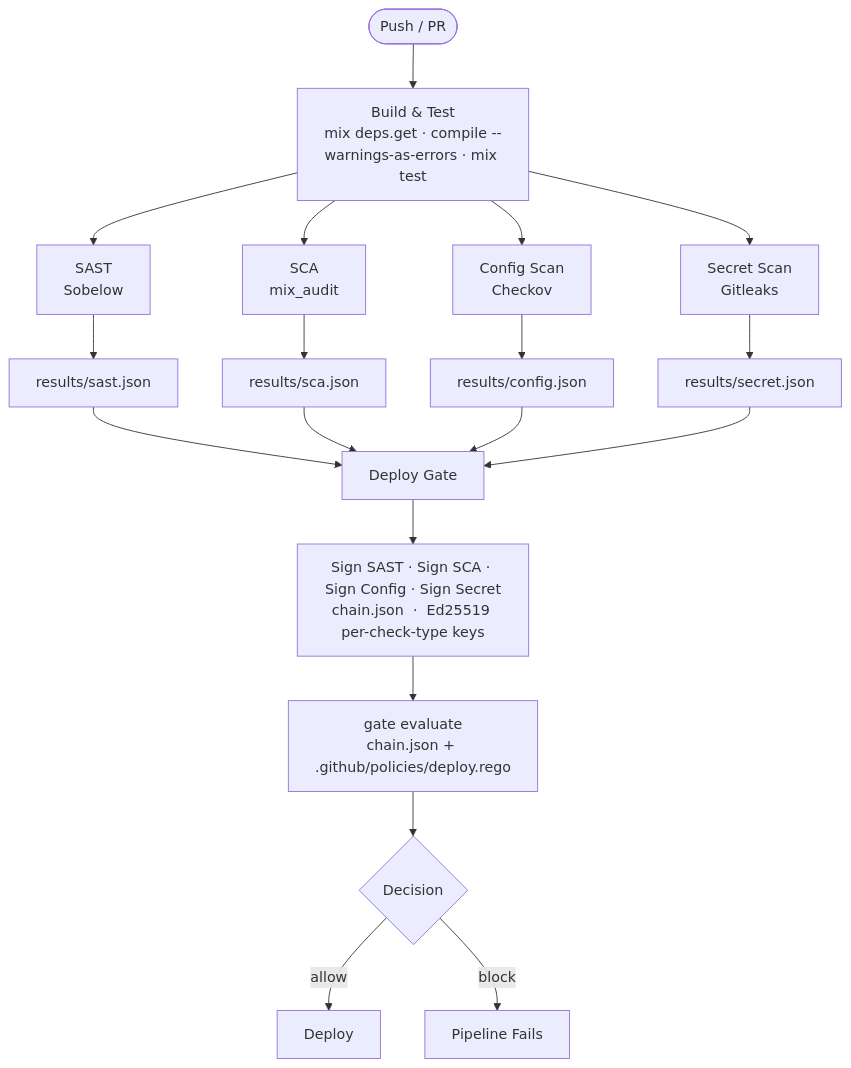
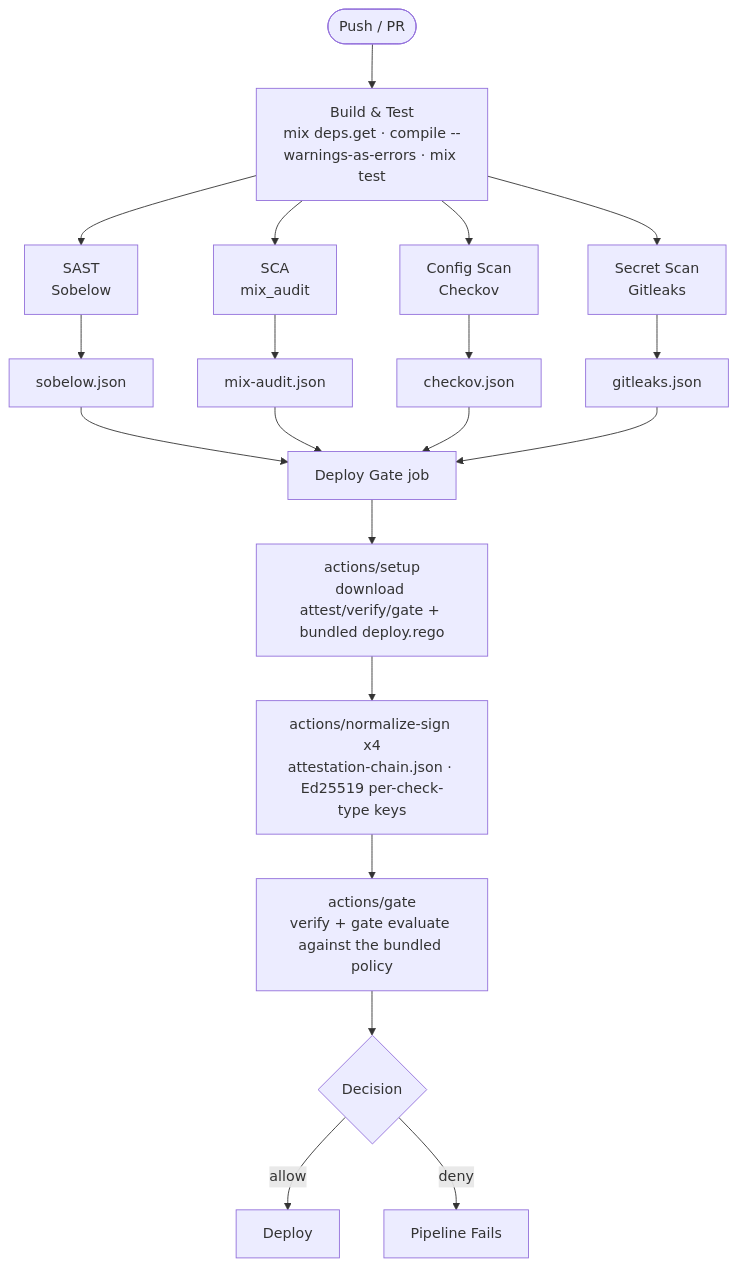
One commit to MemerGamer/Phoenix-DevSecOps-Demo changed the first of 2 diagrams in README.md. Above: the diagram before and after it, drawn with Mermaid. The commit also changed other lines of this file and 4 other files, not shown here.

````diff
--- a/README.md
+++ b/README.md
@@ -18,18 +24,19 @@
 ```mermaid
 flowchart TD
     A([Push / PR]) --> B["Build & Test\nmix deps.get · compile --warnings-as-errors · mix test"]
     B --> C["SAST\nSobelow"]
     B --> D["SCA\nmix_audit"]
     B --> E["Config Scan\nCheckov"]
     B --> F["Secret Scan\nGitleaks"]
-    C --> G[results/sast.json]
-    D --> H[results/sca.json]
-    E --> I[results/config.json]
-    F --> J[results/secret.json]
-    G & H & I & J --> K[Deploy Gate]
-    K --> L["Sign SAST · Sign SCA · Sign Config · Sign Secret\nchain.json  ·  Ed25519 per-check-type keys"]
-    L --> M["gate evaluate\nchain.json + .github/policies/deploy.rego"]
+    C --> G[sobelow.json]
+    D --> H[mix-audit.json]
+    E --> I[checkov.json]
+    F --> J[gitleaks.json]
+    G & H & I & J --> K[Deploy Gate job]
+    K --> K1["actions/setup\ndownload attest/verify/gate + bundled deploy.rego"]
+    K1 --> L["actions/normalize-sign x4\nattestation-chain.json · Ed25519 per-check-type keys"]
+    L --> M["actions/gate\nverify + gate evaluate against the bundled policy"]
     M --> N{Decision}
     N -->|allow| O[Deploy]
-    N -->|block| P[Pipeline Fails]
+    N -->|deny| P[Pipeline Fails]
 ```
````
